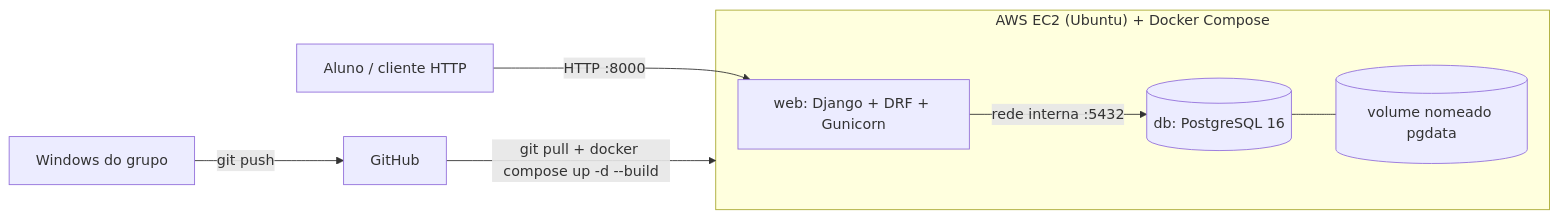
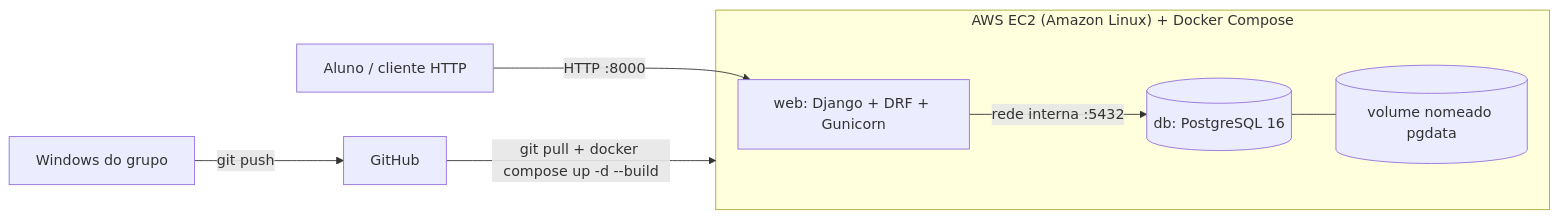
Before and after one commit to Projetos-de-Extensao/PC_ADS_26.2_8001_III: the diagram in README.md, drawn with Mermaid. The commit also changed other lines of this file and 9 other files, not shown here.

````diff
--- a/README.md
+++ b/README.md
@@ -22,10 +22,10 @@
 ```mermaid
 flowchart LR
   U[Aluno / cliente HTTP] -->|HTTP :8000| W
-  subgraph EC2 ["AWS EC2 (Ubuntu) + Docker Compose"]
+  subgraph EC2 ["AWS EC2 (Amazon Linux) + Docker Compose"]
     W["web: Django + DRF + Gunicorn"] -->|rede interna :5432| D[("db: PostgreSQL 16")]
     D --- V[("volume nomeado pgdata")]
   end
   DEV[Windows do grupo] -->|git push| GH[GitHub]
   GH -->|git pull + docker compose up -d --build| EC2
 ```
````
